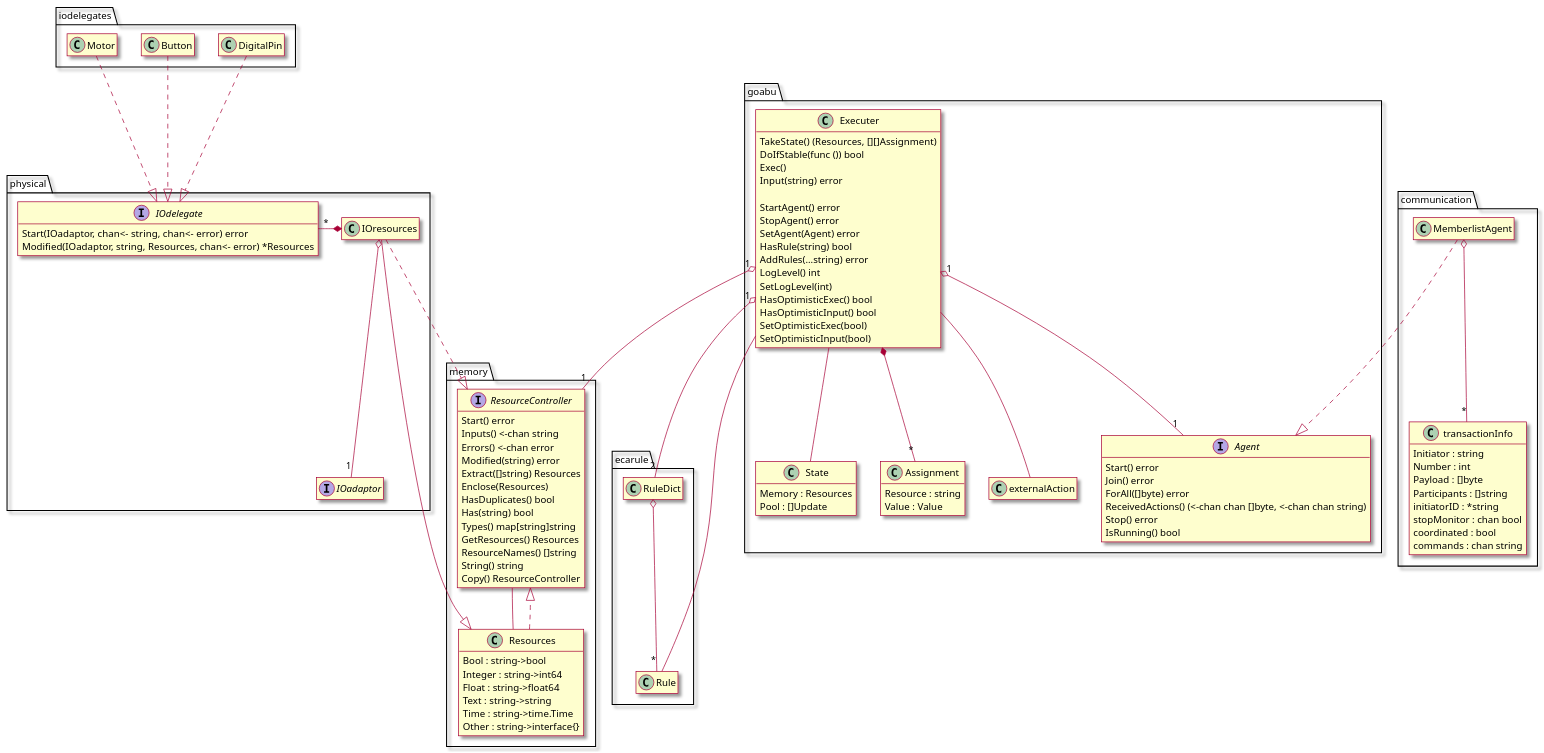
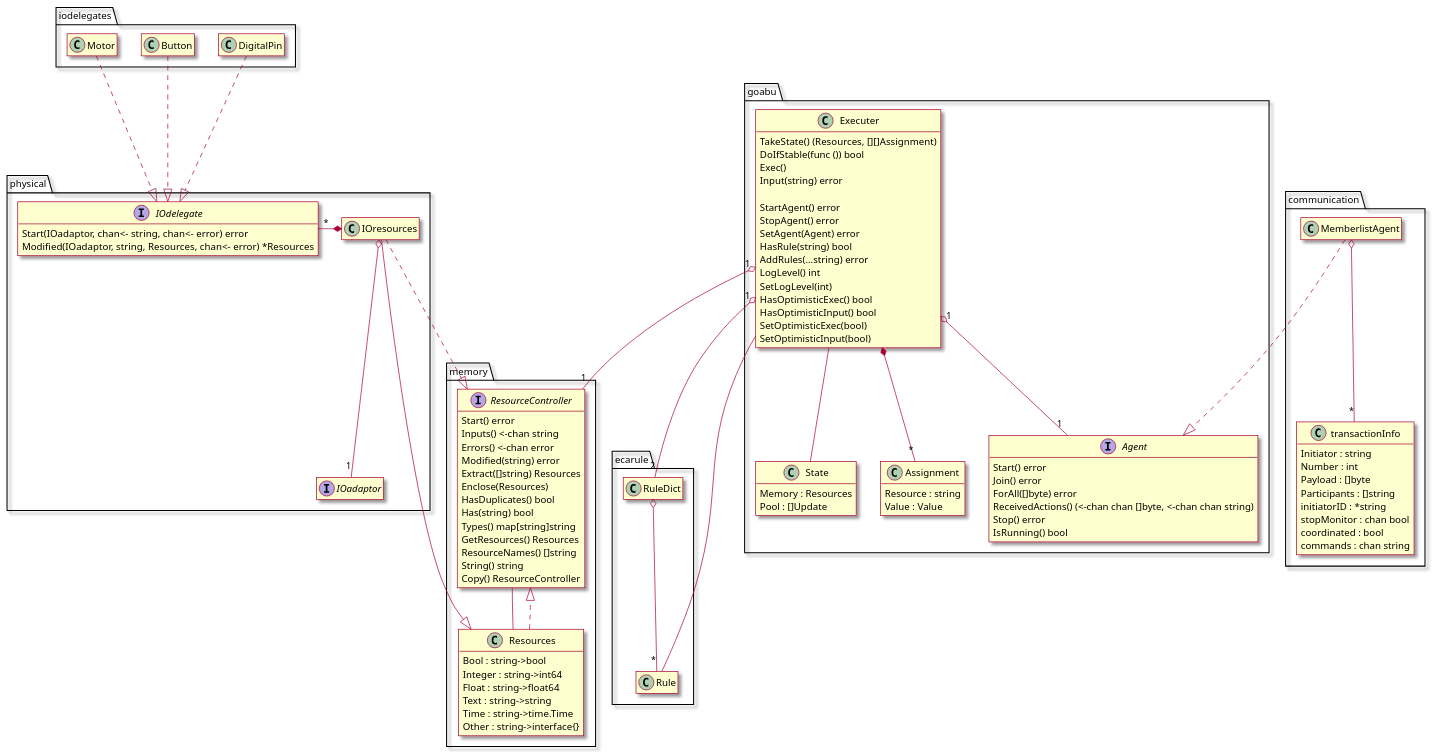
Before and after one commit to abu-lang/goabu: the diagram in docs/class_diagram.puml, drawn with PlantUML. The commit also changed 20 other files, not shown here.

```diff
--- a/docs/class_diagram.puml
+++ b/docs/class_diagram.puml
@@ -1,136 +1,134 @@
 @startuml
 skin rose
 hide empty members
 
 package iodelegates {
     class DigitalPin
     class Button
     class Motor
 }
 
 package physical {
     class IOresources {
         adaptor : IOadaptor
     }
     hide IOresources attributes
     interface IOadaptor
     interface IOdelegate {
         Start(IOadaptor, chan<- string, chan<- error) error
         Modified(IOadaptor, string, Resources, chan<- error) *Resources
     }
     IOresources o-- "1" IOadaptor
     IOdelegate "*" -* IOresources
 }
 
 package ecarule {
     class Rule
     class RuleDict
 }
 
 package memory {
     interface ResourceController {
         Start() error
         Inputs() <-chan string
         Errors() <-chan error
         Modified(string) error
         Extract([]string) Resources
         Enclose(Resources)
         HasDuplicates() bool
         Has(string) bool
         Types() map[string]string
         GetResources() Resources
         ResourceNames() []string
         String() string
         Copy() ResourceController
     }
     class Resources {
         Bool : string->bool
         Integer : string->int64
         Float : string->float64
         Text : string->string
         Time : string->time.Time
         Other : string->interface{}
     }
     RuleDict o-- "*" Rule
     Resources ..|> ResourceController
     ResourceController -- Resources
 }
 
 package goabu {
     class State {
         Memory : Resources
         Pool : []Update
     }
     class Executer {
         memory : ResourceController
         pool : []Update
         agent : Agent
         localLibrary : string->RuleDict
         globalLibrary : string->RuleDict
 
         TakeState() (Resources, [][]Assignment)
         DoIfStable(func ()) bool
         Exec()
         Input(string) error
 
         StartAgent() error
         StopAgent() error
         SetAgent(Agent) error
         HasRule(string) bool
         AddRules(...string) error
         LogLevel() int
         SetLogLevel(int)
         HasOptimisticExec() bool
         HasOptimisticInput() bool
         SetOptimisticExec(bool)
         SetOptimisticInput(bool)
     }
     hide Executer attributes
     interface Agent {
         Start() error
         Join() error
         ForAll([]byte) error
         ReceivedActions() (<-chan chan []byte, <-chan chan string)
         Stop() error
         IsRunning() bool
     }
     class Assignment {
         Resource : string
         Value : Value
     }
-    class externalAction
 
     Executer "1" o-- "1" Agent
     Executer *-- "*" Assignment
-    Executer -- externalAction
     Executer -- State
 }
 
 package communication {
     class MemberlistAgent
     class transactionInfo {
         Initiator : string
         Number : int
         Payload : []byte
         Participants : []string
         initiatorID : *string
         stopMonitor : chan bool
         coordinated : bool
         commands : chan string
     }
     MemberlistAgent o-- "*" transactionInfo
 }
 
 DigitalPin ..|> IOdelegate
 Button ..|> IOdelegate
 Motor ..|> IOdelegate
 
 IOresources ..|> ResourceController
 IOresources --|> Resources
 
 Executer "1" o-- "1" ResourceController
 Executer "1" o-- "2" RuleDict
 Executer -- Rule
 
 MemberlistAgent ..|> Agent
 @enduml
```
